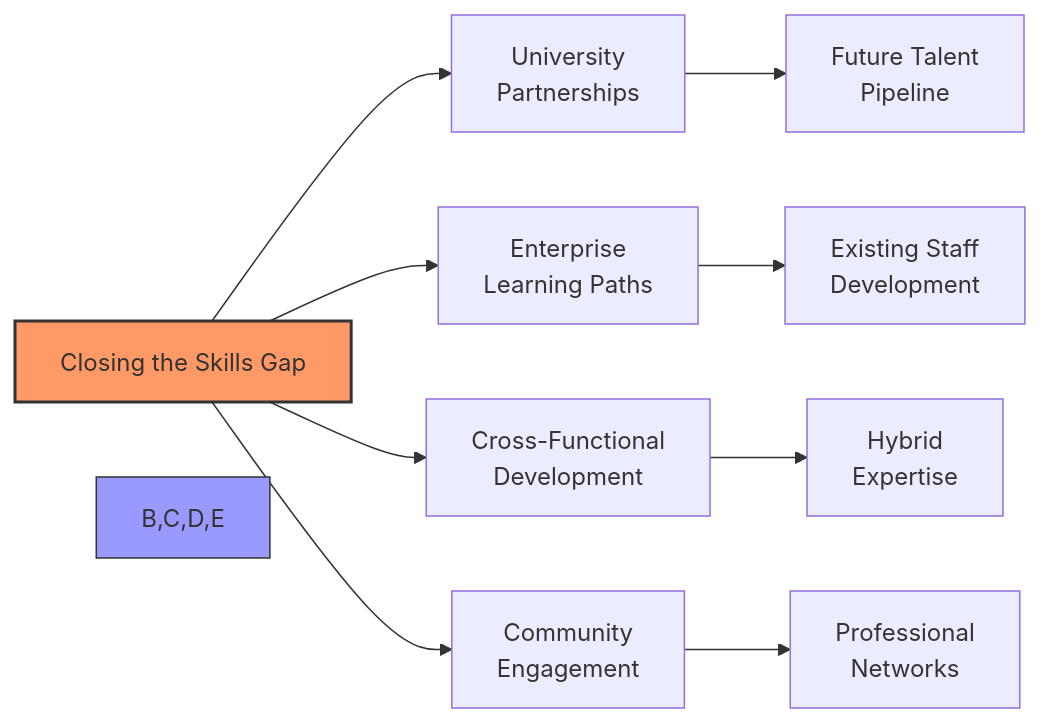
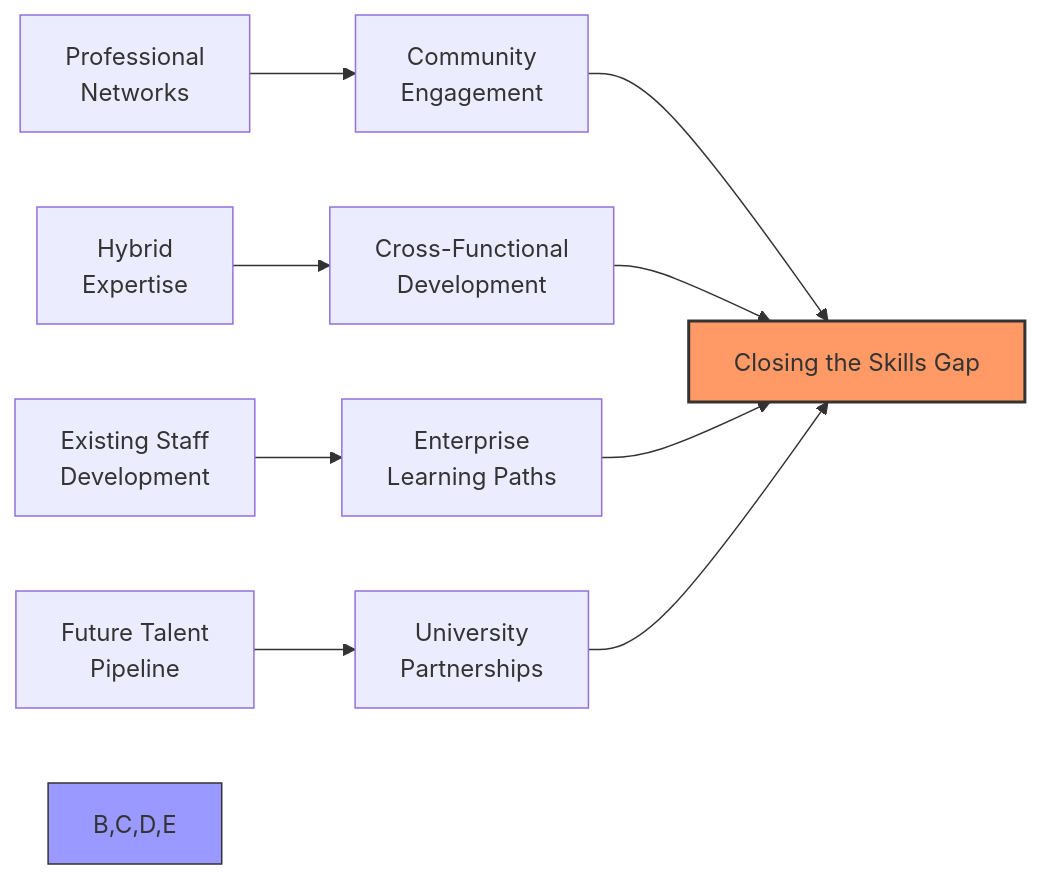
The sixth of 6 diagrams in cio-may.md (AliceNN-ucdenver/Iasa), drawn with Mermaid before and after one commit. The commit also changed other lines of this file, not shown here.

````diff
--- a/cio-may.md
+++ b/cio-may.md
@@ -185,15 +193,15 @@
 ```mermaid
 graph LR
-    A[Closing the Skills Gap] --> B[University<br>Partnerships]
-    A --> C[Enterprise<br>Learning Paths]
-    A --> D[Cross-Functional<br>Development]
-    A --> E[Community<br>Engagement]
+    E1["Professional<br>Networks"] --> E["Community<br>Engagement"]
+    D1["Hybrid<br>Expertise"] --> D["Cross-Functional<br>Development"]
+    C1["Existing Staff<br>Development"] --> C["Enterprise<br>Learning Paths"]
+    B1["Future Talent<br>Pipeline"] --> B["University<br>Partnerships"]
     
-    B --> B1[Future Talent<br>Pipeline]
-    C --> C1[Existing Staff<br>Development]
-    D --> D1[Hybrid<br>Expertise]
-    E --> E1[Professional<br>Networks]
+    E --> A["Closing the Skills Gap"]
+    D --> A
+    C --> A
+    B --> A
     
     style A fill:#f96,stroke:#333,stroke-width:2px
     style B,C,D,E fill:#99f,stroke:#333,stroke-width:1px
 ```
````
